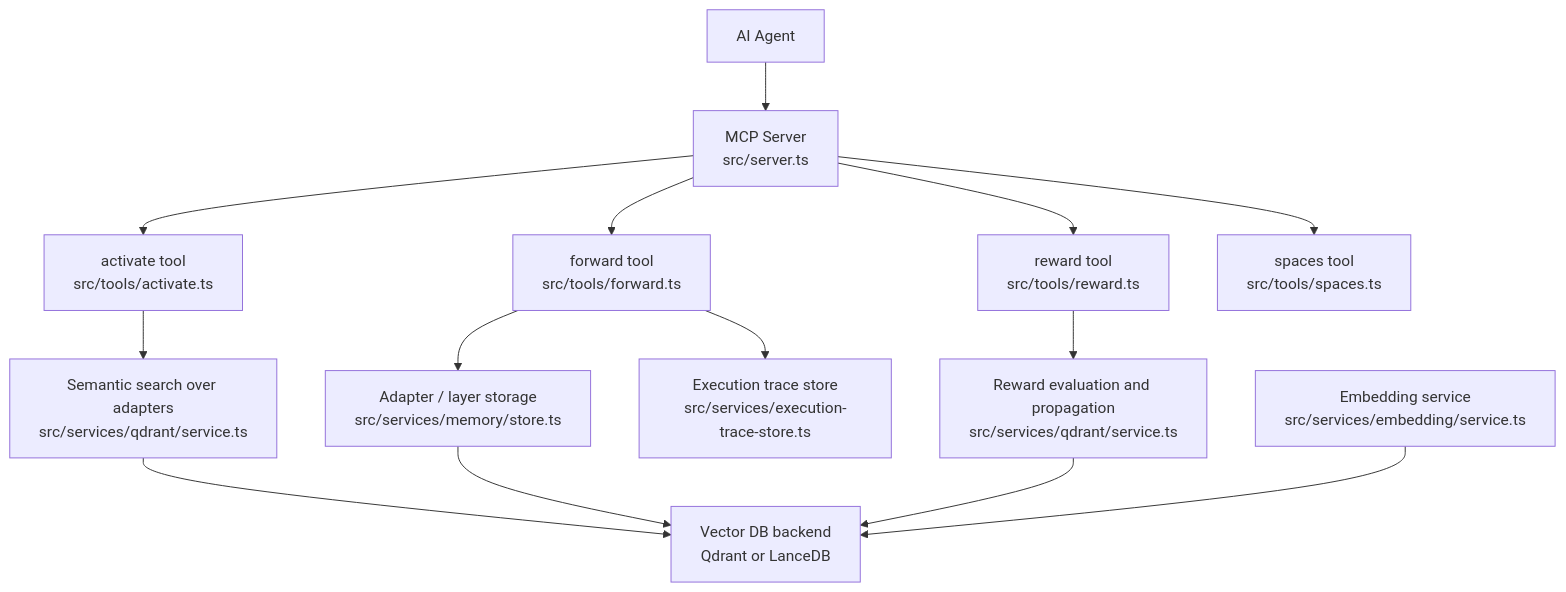
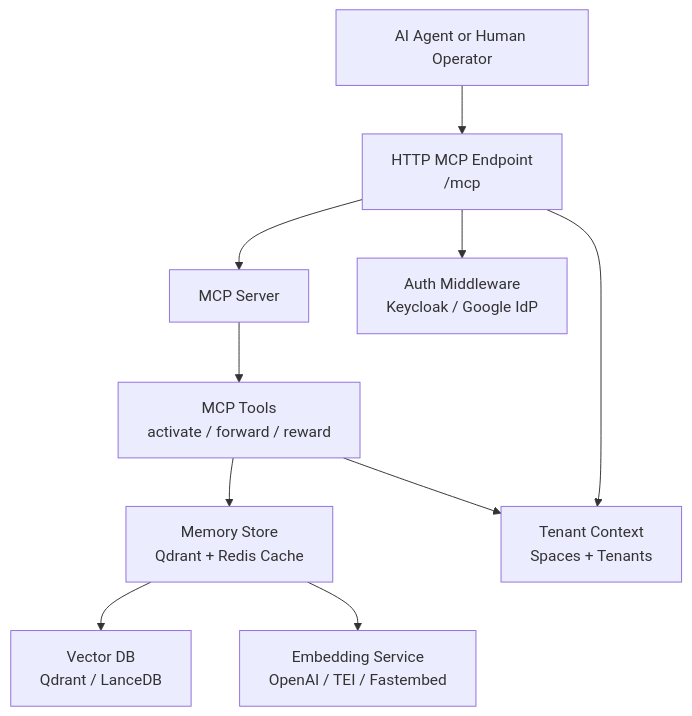
The first of 13 diagrams in .qoder/repowiki/en/content/Core Concepts/Core Concepts.md (SquadRules/mcp), drawn with Mermaid before and after one commit. The commit also changed other lines of this file and 602 other files, not shown here.

````diff
--- a/.qoder/repowiki/en/content/Core Concepts/Core Concepts.md
+++ b/.qoder/repowiki/en/content/Core Concepts/Core Concepts.md
@@ -94,16 +49,21 @@
 ```mermaid
 graph TB
-Agent["AI Agent"] --> MCP["MCP Server<br/>src/server.ts"]
-MCP --> Activate["activate tool<br/>src/tools/activate.ts"]
-MCP --> Forward["forward tool<br/>src/tools/forward.ts"]
-MCP --> Reward["reward tool<br/>src/tools/reward.ts"]
-MCP --> Spaces["spaces tool<br/>src/tools/spaces.ts"]
-Activate --> Search["Semantic search over adapters<br/>src/services/qdrant/service.ts"]
-Forward --> Memory["Adapter / layer storage<br/>src/services/memory/store.ts"]
-Forward --> Trace["Execution trace store<br/>src/services/execution-trace-store.ts"]
-Reward --> Metrics["Reward evaluation and propagation<br/>src/services/qdrant/service.ts"]
-Memory --> VectorDB["Vector DB backend<br/>Qdrant or LanceDB"]
-Search --> VectorDB
-Metrics --> VectorDB
-Embedding["Embedding service<br/>src/services/embedding/service.ts"] --> VectorDB
+Client["AI Agent or Human Operator"]
+HTTP["HTTP MCP Endpoint<br/>/mcp"]
+Server["MCP Server"]
+Tools["MCP Tools<br/>activate / forward / reward"]
+Memory["Memory Store<br/>Qdrant + Redis Cache"]
+Embedding["Embedding Service<br/>OpenAI / TEI / Fastembed"]
+VectorDB["Vector DB<br/>Qdrant / LanceDB"]
+Auth["Auth Middleware<br/>Keycloak / Google IdP"]
+Tenant["Tenant Context<br/>Spaces + Tenants"]
+Client --> HTTP
+HTTP --> Server
+Server --> Tools
+Tools --> Memory
+Memory --> VectorDB
+Memory --> Embedding
+HTTP --> Auth
+HTTP --> Tenant
+Tools --> Tenant
 ```
````
